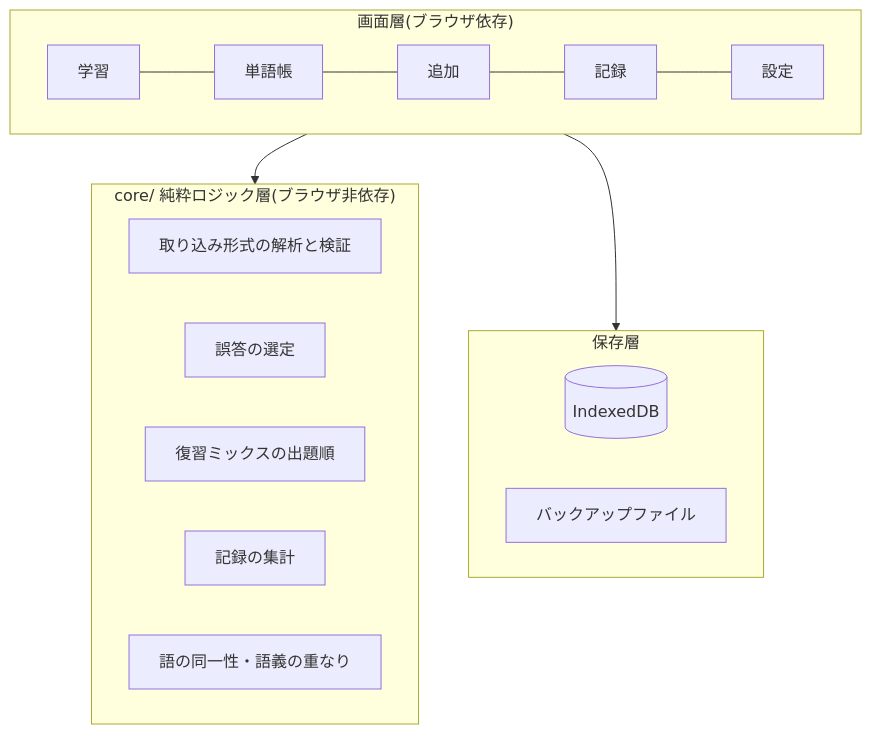
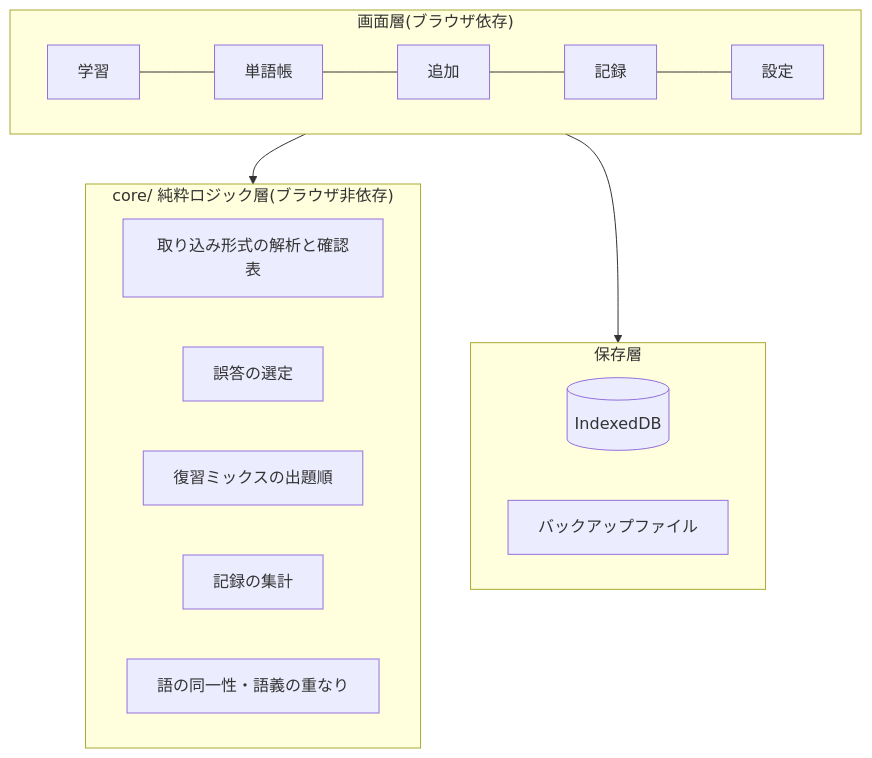
Before and after one commit to Hirano-Soura/tango-drill: the diagram in Docs/10_Design.md, drawn with Mermaid. The commit also changed other lines of this file and 24 other files, not shown here.

````diff
--- a/Docs/10_Design.md
+++ b/Docs/10_Design.md
@@ -32,22 +32,22 @@
 ```mermaid
 flowchart TB
   subgraph UI["画面層(ブラウザ依存)"]
     A[学習] --- B[単語帳]
     B --- C[追加]
     C --- D[記録]
     D --- E[設定]
   end
   subgraph CORE["core/ 純粋ロジック層(ブラウザ非依存)"]
-    P[取り込み形式の解析と検証]
+    P[取り込み形式の解析と確認表]
     Q[誤答の選定]
     R[復習ミックスの出題順]
     S[記録の集計]
     T[語の同一性・語義の重なり]
   end
   subgraph STORE["保存層"]
     I[(IndexedDB)]
     F[バックアップファイル]
   end
   UI --> CORE
   UI --> STORE
 ```
````
